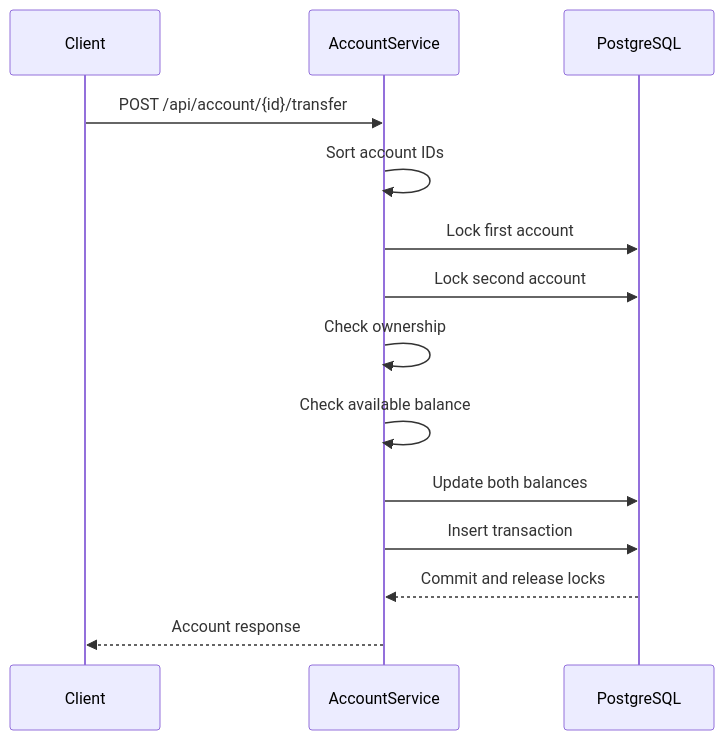
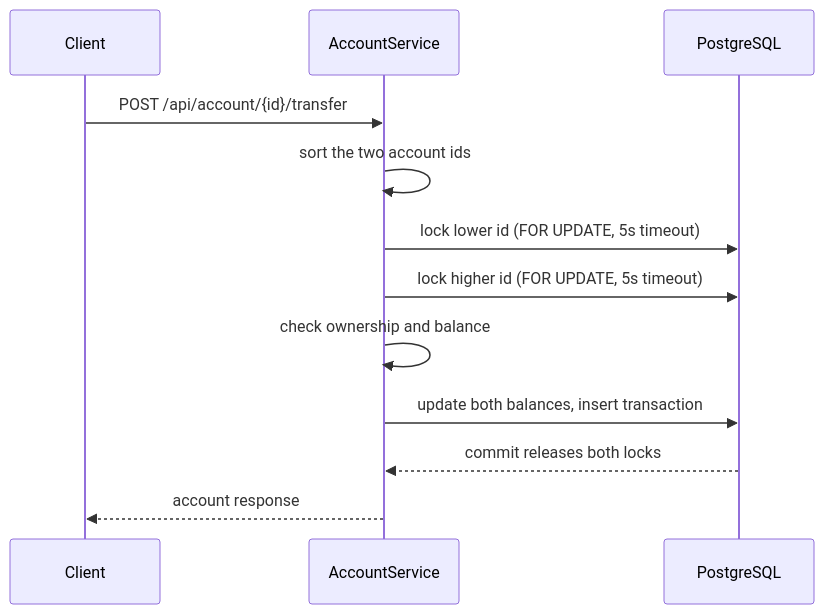
Before and after one commit to zeeshanverse/banking-system-springboot: the second of 3 diagrams in README.md, drawn with Mermaid. The commit also changed other lines of this file, not shown here.

````diff
--- a/README.md
+++ b/README.md
@@ -246,17 +43,14 @@
 ```mermaid
 sequenceDiagram
     participant C as Client
     participant S as AccountService
     participant DB as PostgreSQL
-
     C->>S: POST /api/account/{id}/transfer
-    S->>S: Sort account IDs
-    S->>DB: Lock first account
-    S->>DB: Lock second account
-    S->>S: Check ownership
-    S->>S: Check available balance
-    S->>DB: Update both balances
-    S->>DB: Insert transaction
-    DB-->>S: Commit and release locks
-    S-->>C: Account response
+    S->>S: sort the two account ids
+    S->>DB: lock lower id (FOR UPDATE, 5s timeout)
+    S->>DB: lock higher id (FOR UPDATE, 5s timeout)
+    S->>S: check ownership and balance
+    S->>DB: update both balances, insert transaction
+    DB-->>S: commit releases both locks
+    S-->>C: account response
 ```
````
